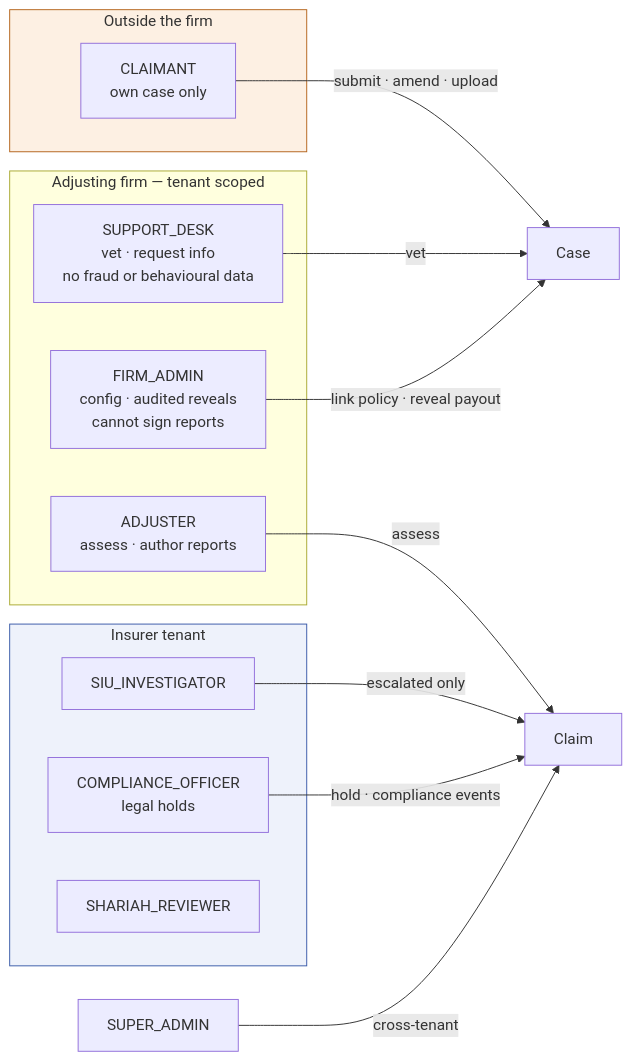
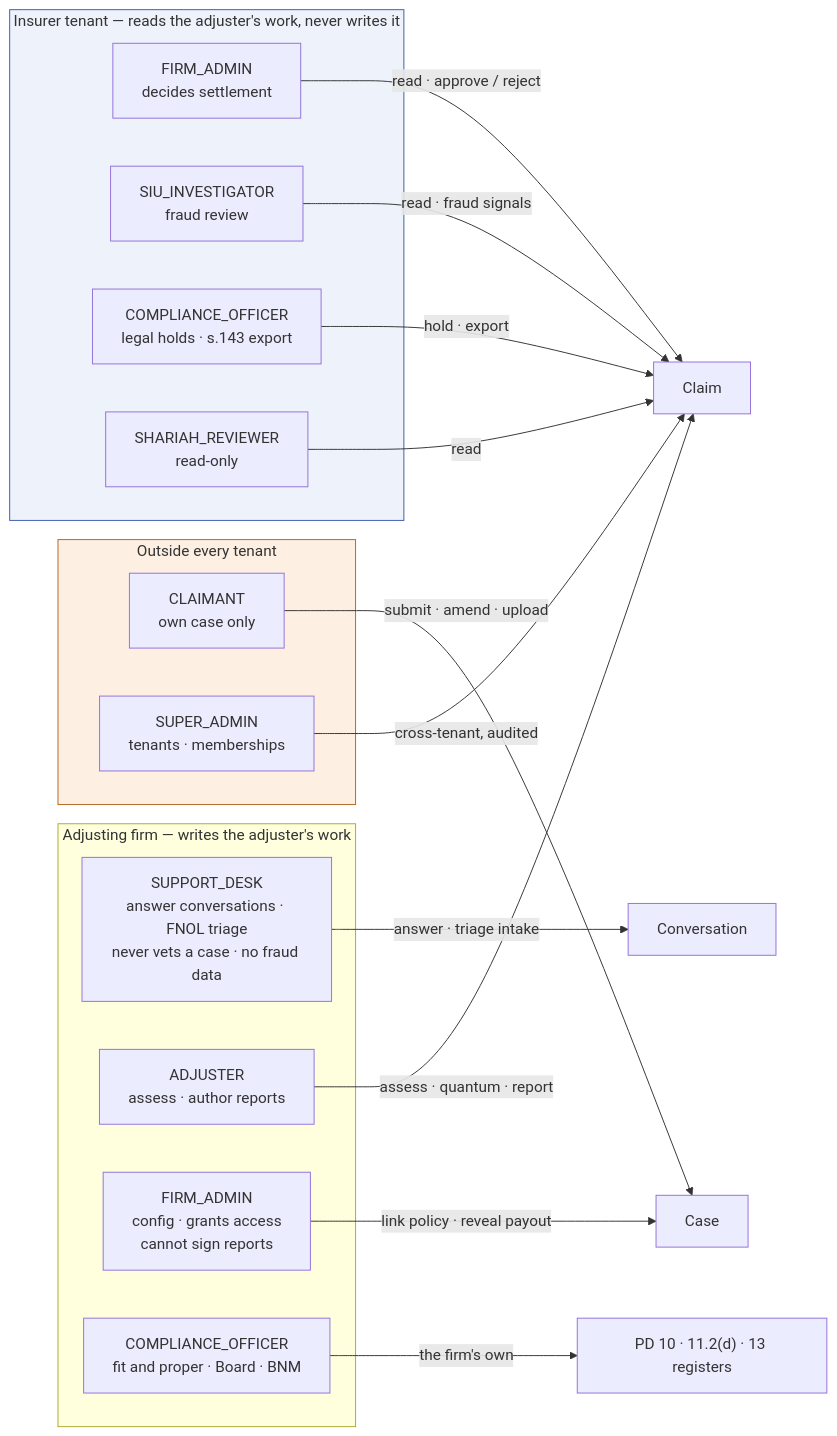
Before and after one commit to leobarcove/true-claim-insight: diagram 12 of 12 in docs/USER_FLOWS.md, drawn with Mermaid. The commit also changed other lines of this file and 115 other files, not shown here.

First line of the commit message:
feat(access): roles are memberships, every route declares a rule, one claim-access rule

````diff
--- a/docs/USER_FLOWS.md
+++ b/docs/USER_FLOWS.md
@@ -737,38 +737,47 @@
 ```mermaid
 flowchart LR
-    subgraph EXT["Outside the firm"]
+    subgraph EXT["Outside every tenant"]
         CLM["`CLAIMANT
 own case only`"]
+        SA["`SUPER_ADMIN
+tenants · memberships`"]
     end
 
-    subgraph FIRM["Adjusting firm — tenant scoped"]
+    subgraph FIRM["Adjusting firm — writes the adjuster's work"]
         SUP["`SUPPORT_DESK
-vet · request info
-no fraud or behavioural data`"]
+answer conversations · FNOL triage
+never vets a case · no fraud data`"]
         ADJ["`ADJUSTER
 assess · author reports`"]
         FA["`FIRM_ADMIN
-config · audited reveals
+config · grants access
 cannot sign reports`"]
+        FCO["`COMPLIANCE_OFFICER
+fit and proper · Board · BNM`"]
     end
 
-    subgraph INS["Insurer tenant"]
-        SIU["SIU_INVESTIGATOR"]
-        CO["`COMPLIANCE_OFFICER
-legal holds`"]
-        SR["SHARIAH_REVIEWER"]
+    subgraph INS["Insurer tenant — reads the adjuster's work, never writes it"]
+        IFA["`FIRM_ADMIN
+decides settlement`"]
+        SIU["`SIU_INVESTIGATOR
+fraud review`"]
+        ICO["`COMPLIANCE_OFFICER
+legal holds · s.143 export`"]
+        SR["`SHARIAH_REVIEWER
+read-only`"]
     end
 
-    SA["SUPER_ADMIN"]
-
     CLM -->|"submit · amend · upload"| CASE["Case"]
-    SUP -->|"vet"| CASE
-    ADJ -->|"assess"| CLAIM["Claim"]
+    SUP -->|"answer · triage intake"| CONV["Conversation"]
     FA -->|"link policy · reveal payout"| CASE
-    SIU -->|"escalated only"| CLAIM
-    CO -->|"hold · compliance events"| CLAIM
-    SA -->|"cross-tenant"| CLAIM
+    ADJ -->|"assess · quantum · report"| CLAIM["Claim"]
+    FCO -->|"the firm's own"| REG["PD 10 · 11.2(d) · 13 registers"]
+    IFA -->|"read · approve / reject"| CLAIM
+    SIU -->|"read · fraud signals"| CLAIM
+    ICO -->|"hold · export"| CLAIM
+    SR -->|"read"| CLAIM
+    SA -->|"cross-tenant, audited"| CLAIM
 
     style EXT fill:#fdf0e3,stroke:#b5651d
     style INS fill:#eef2fb,stroke:#3b5bA9
 ```
````
